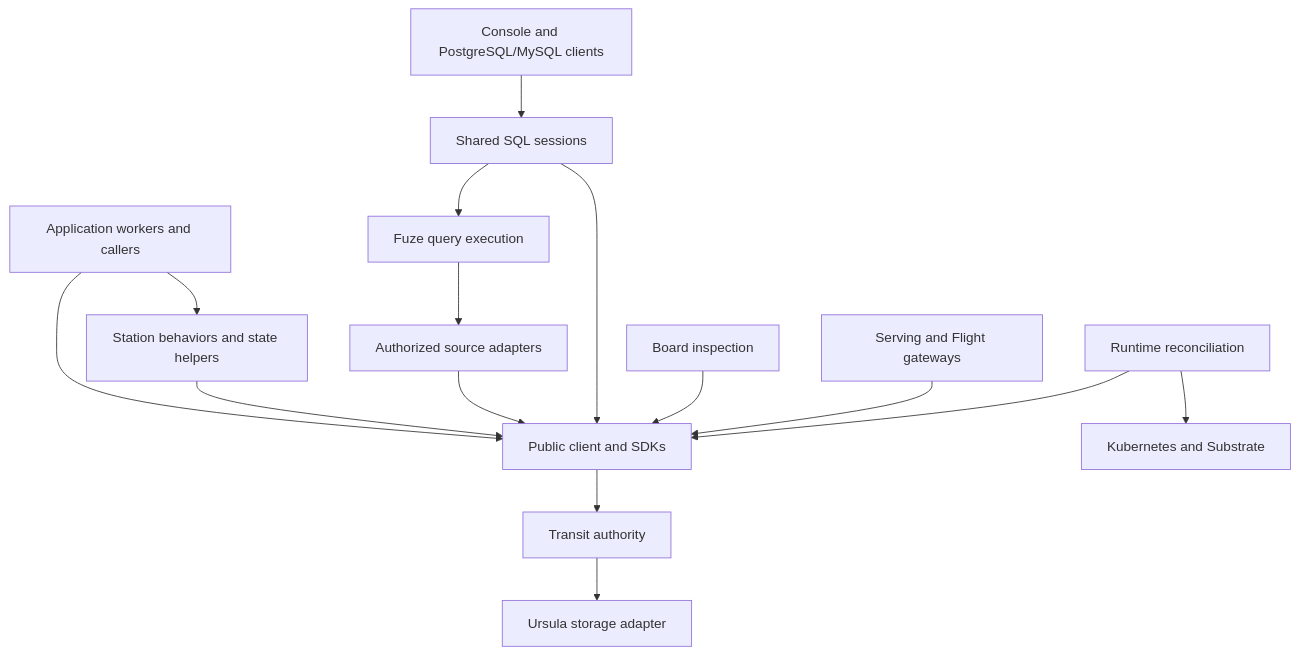
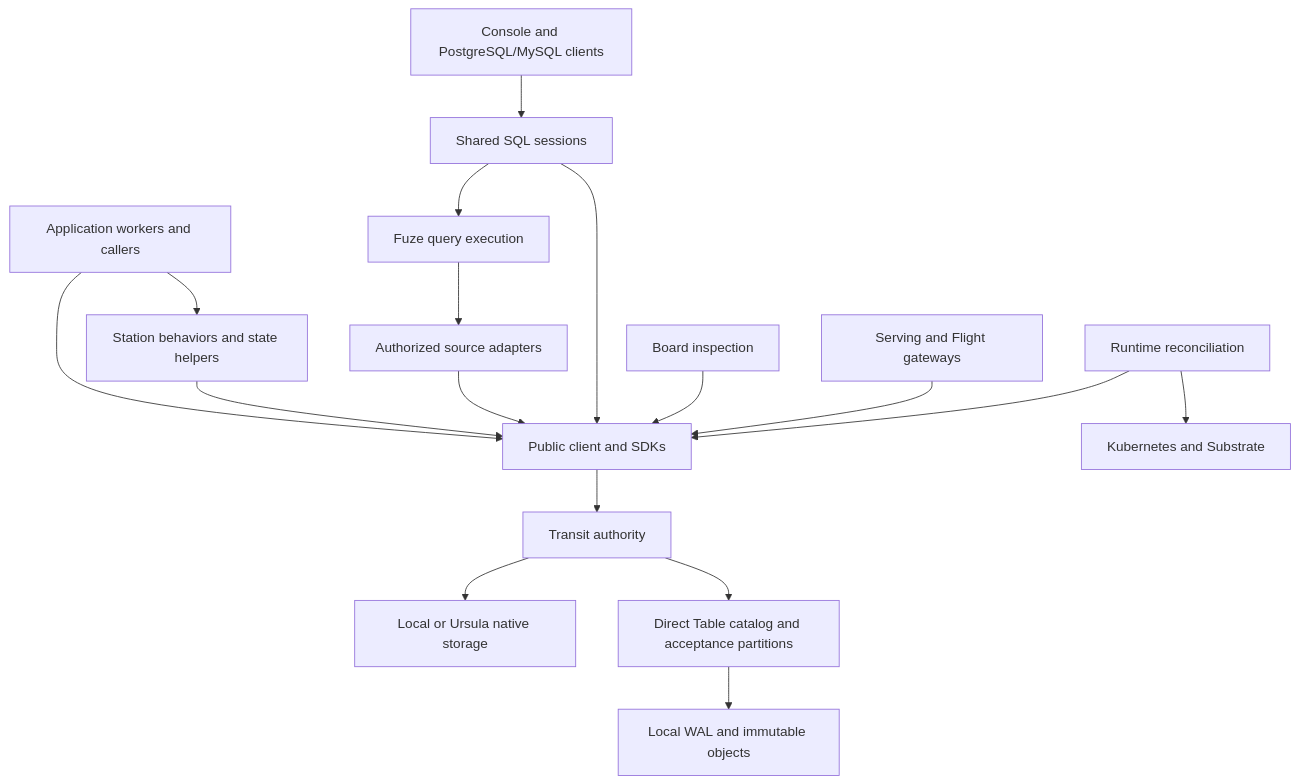
Before and after one commit to spoke-sh/transit: the diagram in docs/handbook/reference/architecture.md, drawn with Mermaid. The commit also changed other lines of this file and 6 other files, not shown here.

First line of the commit message:
docs(data): describe installed direct Table storage and limits

````diff
--- a/docs/handbook/reference/architecture.md
+++ b/docs/handbook/reference/architecture.md
@@ -43,17 +43,19 @@
 ```mermaid
 flowchart TD
   App[Application workers and callers] --> Client[Public client and SDKs]
   App --> Station[Station behaviors and state helpers]
   Station --> Client
   Client --> Node[Transit authority]
-  Node --> Storage[Ursula storage adapter]
+  Node --> Storage[Local or Ursula native storage]
+  Node --> Tables[Direct Table catalog and acceptance partitions]
+  Tables --> Objects[Local WAL and immutable objects]
   Query[Fuze query execution] --> Sources[Authorized source adapters]
   Sources --> Client
   SQLClients[Console and PostgreSQL/MySQL clients] --> SQL[Shared SQL sessions]
   SQL --> Query
   SQL --> Client
   Board[Board inspection] --> Client
   Serving[Serving and Flight gateways] --> Client
   Runtime[Runtime reconciliation] --> Client
   Runtime --> Provider[Kubernetes and Substrate]
 ```
````
